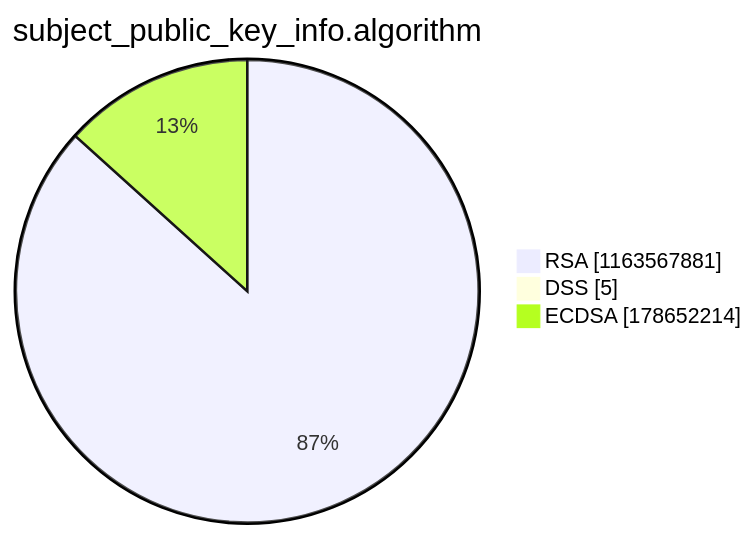
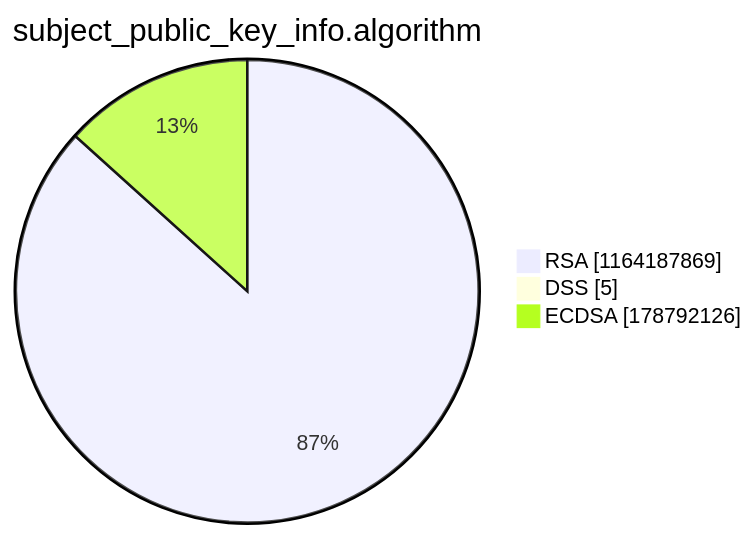
Before and after one commit to christiankrug/ctmonitor_visualization: the third of 15 diagrams in argon2022/README.md, drawn with Mermaid. The commit also changed other lines of this file, not shown here.

````diff
--- a/argon2022/README.md
+++ b/argon2022/README.md
@@ -14,7 +14,7 @@
 ```mermaid
 pie showData
 title subject_public_key_info.algorithm
-"RSA" :1163567881
+"RSA" :1164187869
 "DSS" :5
-"ECDSA" :178652214
+"ECDSA" :178792126
 ```
````
